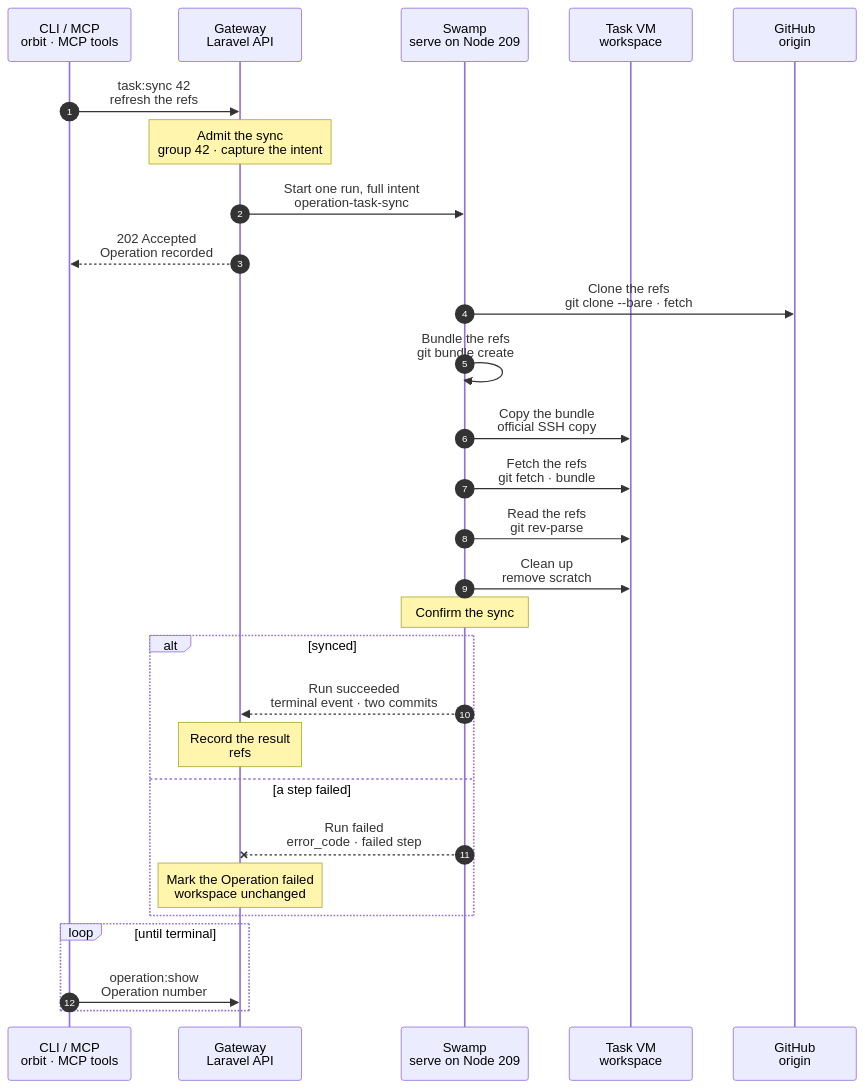
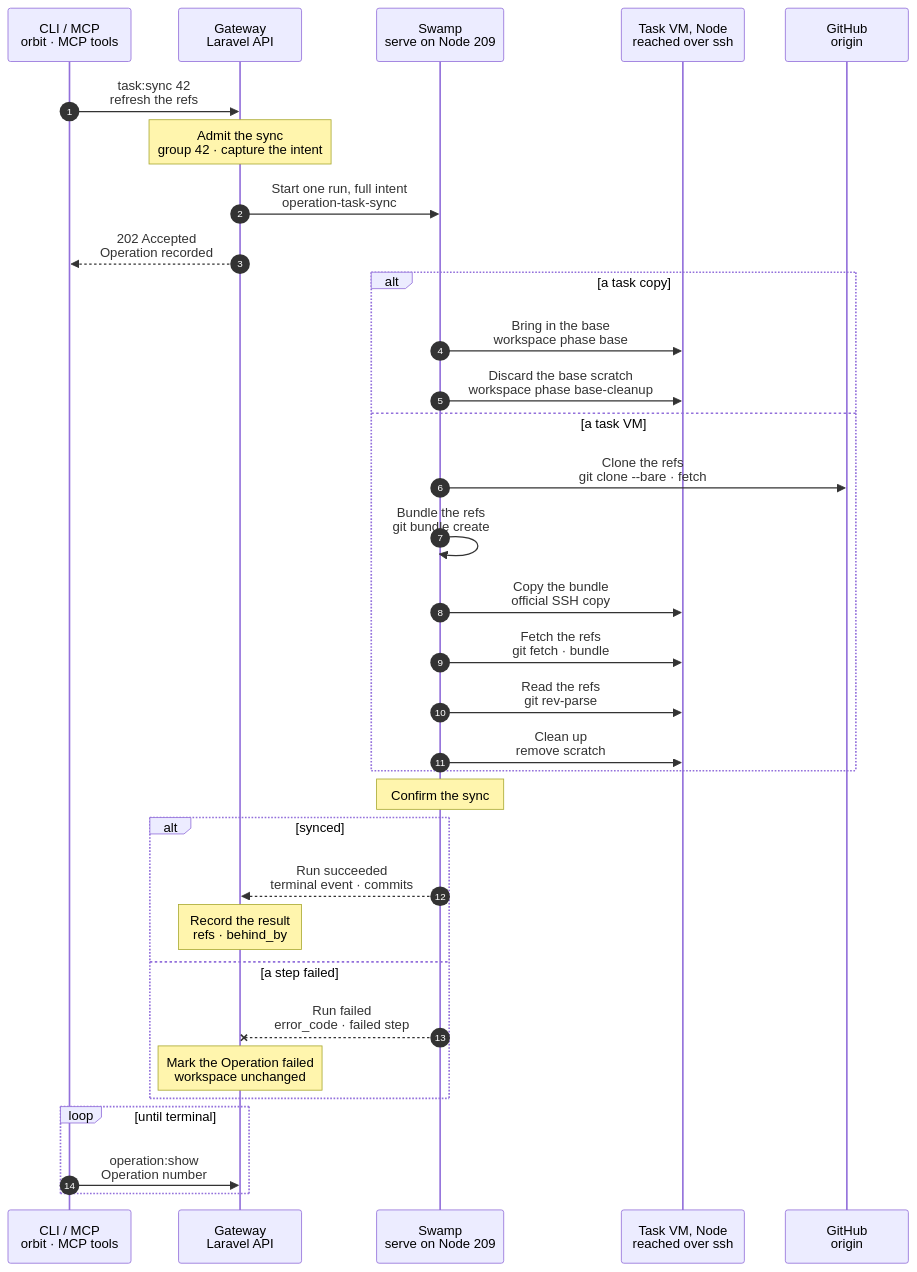
The diagram in docs/cli/task/sync.mmd (hardimpactdev/orbit), drawn with Mermaid before and after one commit. The commit also changed 4 other files, not shown here.

First line of the commit message:
docs(tasks): charts for main into a copy, the publish base and the ci-policy part

```diff
--- a/docs/cli/task/sync.mmd
+++ b/docs/cli/task/sync.mmd
@@ -1,78 +1,107 @@
 sequenceDiagram
   %% Target design: stage 2 and stage 4 of the command development pipeline (docs/reference/pipeline/2-development-environment.mmd, 4-pr-and-ci.mmd). A task VM holds no GitHub credential, so the workspace cannot fetch. The author needs the branch of the pull request and main when either moved on origin (a merge of main into the branch, a correction pushed by the owner), to merge or rebase before the push. Decided by the orchestrator, for Nick's review.
+  %% Task copy (2026-11-14): the same kind brings the Project's default branch into a task copy through the copy's Node mirror and one incremental bundle; no credential enters the copy and the branch is never merged or rebased. The run selects the copy path by the intent key `copy`; the task VM steps read only the keys they read before, so a run that an older Gateway admitted keeps its task VM path. Task VMs get no new work. docs/reference/tasks.md#bring-main-into-a-copy.
   %% status: draft
   %% command: task:sync
   %% kind: tasks.sync
   autonumber
   %% lane CLI icon=terminal pill=caller tone=gray
   %% lane GW icon=gateway pill=intent tone=blue
   %% lane SW icon=workflow pill=executes tone=green
-  %% lane VM icon=terminal pill=target tone=amber
+  %% lane N icon=server pill=target tone=amber
   %% lane GH icon=server pill=target tone=purple
   participant CLI as CLI / MCP<br/>orbit · MCP tools
   participant GW as Gateway<br/>Laravel API
   participant SW as Swamp<br/>serve on Node 209
-  participant VM as Task VM<br/>workspace
+  participant N as Task VM, Node<br/>reached over ssh
   participant GH as GitHub<br/>origin
   CLI->>GW: task:sync 42<br/>refresh the refs
   %%> Command:
   %%> - the MCP tool `task-sync`, or `POST /api/v1/tasks/42/sync` with an `Idempotency-Key` and no body
   Note over GW: Admit the sync<br/>group 42 · capture the intent
   %%> Requirements:
   %%> - your Node has an access grant to the Gateway
-  %%> - group 42 is open and external, with its own task VM workspace and a pushed branch `task-42`
-  %%> - the task VM runs; a parked VM is woken by the admission, which answers `tasks.vm_resuming`
-  %%> - no other task runs on group 42; the Gateway holds one lock per group
+  %%> - group 42 is open and external, with its own task VM workspace and a pushed branch `task-42`, or with its own task copy
+  %%> - a task VM runs; a parked VM is woken by the admission, which answers `tasks.vm_resuming`
+  %%> - a task copy's container runs, else `tasks.instance_not_running`, and no copy turn of the group is unended, else `tasks.copy_turn_unended`
+  %%> - no other task runs on group 42, so no check or publish; the Gateway holds one lock per group
   %%> What it does:
   %%> - captures the repository, the default branch, the branch `task-42`, the workspace path and the SSH target of the VM
-  %%> - names the vault key of the read token
+  %%> - for a task copy, adds `copy`: its Node's SSH target, its container, its start commit and its Node mirror
+  %%> - names the vault key of the read credential
   %%> Decided by the orchestrator, for Nick's review:
   %%> - no Swamp step calls the Gateway: the Gateway mints the read token (`contents: read`, valid one hour) as it starts the run and writes it to that vault key, as it does for the Pi token of a turn; the run gets only the key name
+  %%> - each run mints its own credential; a later run never reuses it
   GW->>SW: Start one run, full intent<br/>operation-task-sync
   %%> Inputs:
-  %%> - the whole intent above and the vault key name of the read token, never the token
+  %%> - the whole intent above and the vault key name of the read credential, never the credential
   %%> - no step of the run calls the Gateway
   GW-->>CLI: 202 Accepted<br/>Operation recorded
   %%> Next:
   %%> - the CLI follows the Operation with `operation:show`
-  SW->>GH: Clone the refs<br/>git clone --bare · fetch
-  %%> What it does:
-  %%> - on Node 209, in a scratch directory of the run: a bare clone of the default branch and a fetch of `task-42`, with the token, read from its vault key, as an extra header of the commands and nowhere else
-  SW->>SW: Bundle the refs<br/>git bundle create
-  %%> What it does:
-  %%> - one bundle of the default branch and `task-42`
-  SW->>VM: Copy the bundle<br/>official SSH copy
-  %%> What it does:
-  %%> - prepares a private directory on the VM and copies the bundle into it; no token and no script reaches the VM
-  SW->>VM: Fetch the refs<br/>git fetch · bundle
-  %%> What it does:
-  %%> - `git fetch` of the bundle into `refs/remotes/origin/<default branch>` and `refs/remotes/origin/task-42` of the workspace
-  %%> Result:
-  %%> - HEAD, the working tree and the local branches are not touched; the author merges or rebases itself, as the review of the stage asks
-  SW->>VM: Read the refs<br/>git rev-parse
-  %%> What it does:
-  %%> - reads the two commits the fetch stored
-  SW->>VM: Clean up<br/>remove scratch
-  %%> When:
-  %%> - always, on success and failure: the scratch directory on Node 209 and the one on the VM
+  alt a task copy
+    SW->>N: Bring in the base<br/>workspace phase base
+    %%> On the Node:
+    %%> - writes the read credential to a run-scoped file, mode 0600, readable by root only, and removes it in an `always` block; it never enters the container
+    %%> - fetches `+refs/heads/<default>` from the Project's repository into the copy's own mirror, `/var/lib/orbit/instance-repositories/<instance>.git`; a missing mirror is made from the default's mirror first
+    %%> - bundles the default branch without the commits the copy already holds (`^origin/<default>`, `^task-42`, where the mirror holds them); when the copy holds the head already, no bundle is made
+    %%> In the container, as `agent`:
+    %%> - `git fetch` of the bundle into `refs/remotes/origin/<default>` only
+    %%> - reads the default head, the branch commit, `git rev-list --count task-42..origin/<default>` and the copy's start
+    %%> Result:
+    %%> - HEAD, the working tree, the index and the local branches are not touched; nothing is merged or rebased
+    %%> Source:
+    %%> - the Project's repository, for every Project; a Project whose repository receives main only at a release sees the last released main
+    SW->>N: Discard the base scratch<br/>workspace phase base-cleanup
+    %%> When:
+    %%> - always: after success, failure or a cancelled run
+    %%> What it does:
+    %%> - removes the run's credential file and bundle on the Node and the bundle in the container
+    %%> Test:
+    %%> - a failed and a cancelled sync leave no credential file on the Node and no bundle in the copy
+  else a task VM
+    SW->>GH: Clone the refs<br/>git clone --bare · fetch
+    %%> What it does:
+    %%> - on Node 209, in a scratch directory of the run: a bare clone of the default branch and a fetch of `task-42`, with the token, read from its vault key, as an extra header of the commands and nowhere else
+    SW->>SW: Bundle the refs<br/>git bundle create
+    %%> What it does:
+    %%> - one bundle of the default branch and `task-42`
+    SW->>N: Copy the bundle<br/>official SSH copy
+    %%> What it does:
+    %%> - prepares a private directory on the VM and copies the bundle into it; no token and no script reaches the VM
+    SW->>N: Fetch the refs<br/>git fetch · bundle
+    %%> What it does:
+    %%> - `git fetch` of the bundle into `refs/remotes/origin/<default branch>` and `refs/remotes/origin/task-42` of the workspace
+    %%> Result:
+    %%> - HEAD, the working tree and the local branches are not touched; the author merges or rebases itself, as the review of the stage asks
+    SW->>N: Read the refs<br/>git rev-parse
+    %%> What it does:
+    %%> - reads the two commits the fetch stored
+    SW->>N: Clean up<br/>remove scratch
+    %%> When:
+    %%> - always, on success and failure: the scratch directory on Node 209 and the one on the VM
+  end
   Note over SW: Confirm the sync
   %%> What it does:
   %%> - native assert: the fetch, the read and the clean up succeeded
   alt synced
-    SW-->>GW: Run succeeded<br/>terminal event · two commits
+    SW-->>GW: Run succeeded<br/>terminal event · commits
     %%> How the Gateway learns it:
     %%> - its shared run reader sees the terminal event; Swamp never calls the Gateway
-    Note over GW: Record the result<br/>refs
+    Note over GW: Record the result<br/>refs · behind_by
     %%> Result:
-    %%> - the Operation succeeds with the commit of the default branch and the commit of `task-42`
+    %%> - a task VM: the commit of the default branch and the commit of `task-42`
+    %%> - a task copy: `default_branch`, `default_commit`, `branch`, `branch_commit`, `behind_by` and `start`
   else a step failed
     SW--xGW: Run failed<br/>error_code · failed step
     %%> The Gateway reads:
     %%> - which step failed; a branch that does not exist on origin fails the clone step
     Note over GW: Mark the Operation failed<br/>workspace unchanged
+    %%> Retry:
+    %%> - run it again: a new run mints a new credential, and a fetch that already happened makes the next bundle smaller
   end
   loop until terminal
     CLI->>GW: operation:show<br/>Operation number
     %%> Returns:
-    %%> - the Operation status, and the two commits when the run succeeded
+    %%> - the Operation status, and the commits and `behind_by` when the run succeeded
   end
```
